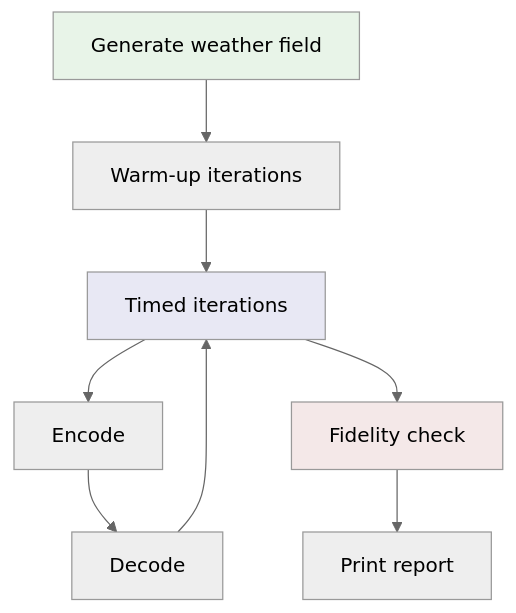
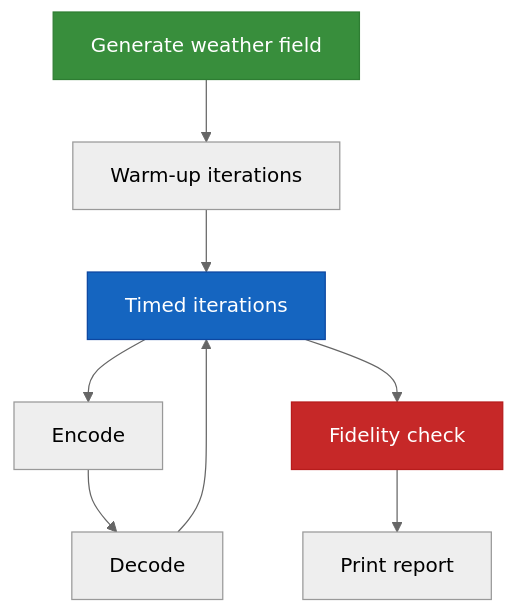
The diagram in docs/src/guide/benchmarks.md (ecmwf/tensogram), drawn with Mermaid (neutral theme) before and after one commit. The commit also changed 5 other files, not shown here.

Commit message:
docs: fix wire-format table alignment, mermaid diagram readability and colors

````diff
--- a/docs/src/guide/benchmarks.md
+++ b/docs/src/guide/benchmarks.md
@@ -112,14 +112,14 @@
 ```mermaid
 flowchart TD
     G[Generate weather field] --> W[Warm-up iterations]
     W --> T[Timed iterations]
     T --> E[Encode]
     E --> D[Decode]
     D --> T
     T --> F[Fidelity check]
     F --> R[Print report]
 
-    style G fill:#e8f4e8
-    style T fill:#e8e8f4
-    style F fill:#f4e8e8
+    style G fill:#388e3c,stroke:#2e7d32,color:#fff
+    style T fill:#1565c0,stroke:#0d47a1,color:#fff
+    style F fill:#c62828,stroke:#b71c1c,color:#fff
 ```
````
